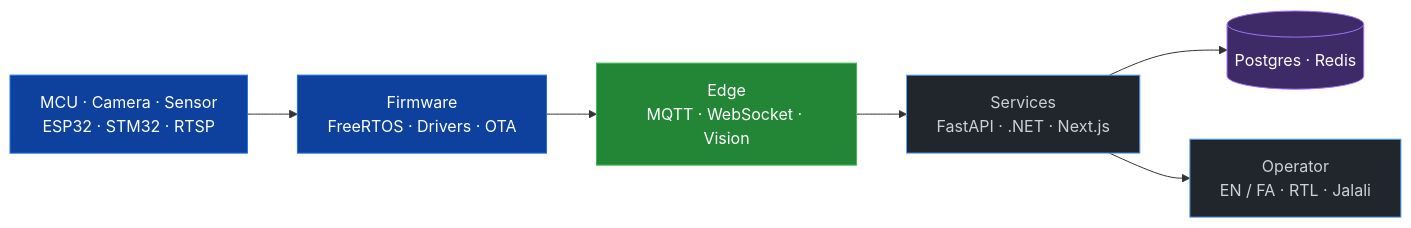
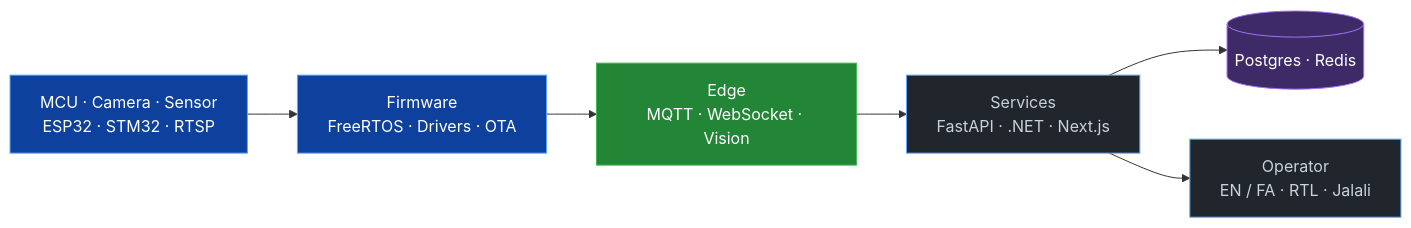
The diagram in README.md (omidram/omidram), drawn with Mermaid before and after one commit. The commit also changed other lines of this file and 5 other files, not shown here.

````diff
--- a/README.md
+++ b/README.md
@@ -112,18 +178,18 @@
 ```mermaid
 flowchart LR
-  classDef hw fill:#0d419d,stroke:#1f6feb,color:#fff
+  classDef hw fill:#0d419d,stroke:#58a6ff,color:#fff
   classDef edge fill:#238636,stroke:#3fb950,color:#fff
   classDef app fill:#21262d,stroke:#58a6ff,color:#c9d1d9
   classDef data fill:#3d2a66,stroke:#a371f7,color:#fff
 
   HW["MCU · Camera · Sensor<br/>ESP32 · STM32 · RTSP"]:::hw
   FW["Firmware<br/>FreeRTOS · Drivers · OTA"]:::hw
   GW["Edge<br/>MQTT · WebSocket · Vision"]:::edge
   API["Services<br/>FastAPI · .NET · Next.js"]:::app
   DB[("Postgres · Redis")]:::data
   UI["Operator<br/>EN / FA · RTL · Jalali"]:::app
 
   HW --> FW --> GW --> API
   API --> DB
   API --> UI
 ```
````
